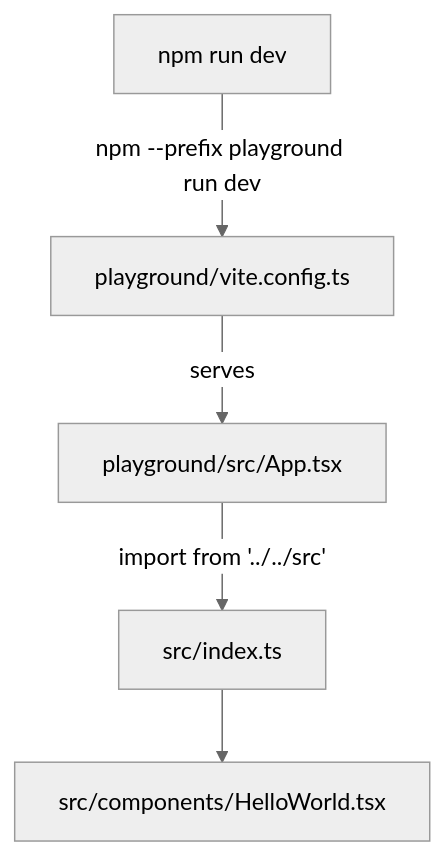
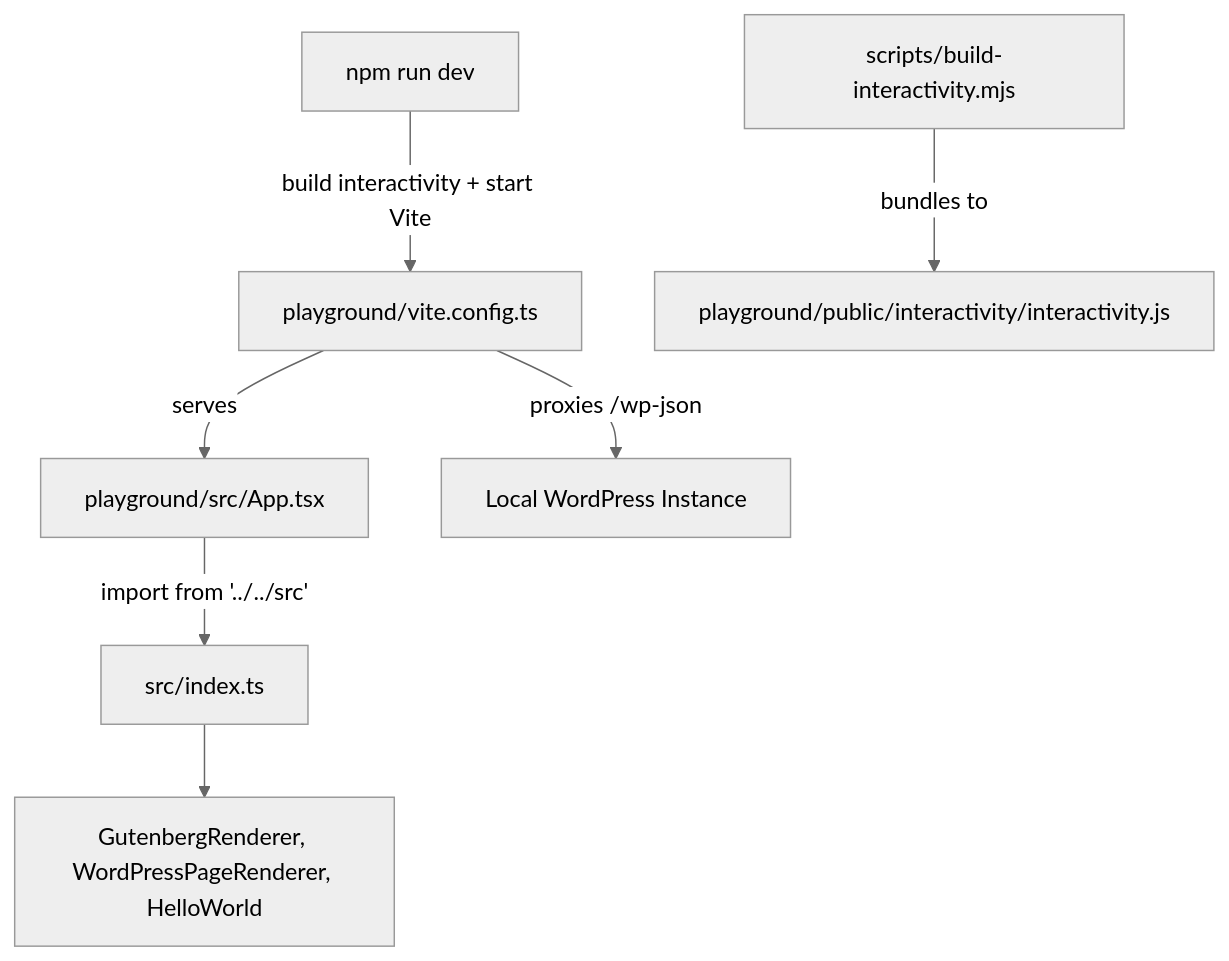
The second of 2 diagrams in docs/local-development.md (siter-place/headless-gutenberg-react), drawn with Mermaid (neutral theme) before and after one commit. The commit also changed other lines of this file and 25 other files, not shown here.

````diff
--- a/docs/local-development.md
+++ b/docs/local-development.md
@@ -58,7 +61,9 @@
 ```mermaid
 flowchart TD
     PlaygroundApp["playground/src/App.tsx"] -->|"import from '../../src'"| LibSource["src/index.ts"]
-    LibSource --> HelloWorld["src/components/HelloWorld.tsx"]
+    LibSource --> Components["GutenbergRenderer, WordPressPageRenderer, HelloWorld"]
     ViteConfig["playground/vite.config.ts"] -->|"serves"| PlaygroundApp
-    RootDev["npm run dev"] -->|"npm --prefix playground run dev"| ViteConfig
+    ViteConfig -->|"proxies /wp-json"| WordPress["Local WordPress Instance"]
+    RootDev["npm run dev"] -->|"build interactivity + start Vite"| ViteConfig
+    InteractivityBuild["scripts/build-interactivity.mjs"] -->|"bundles to"| PublicDir["playground/public/interactivity/interactivity.js"]
 ```
````
